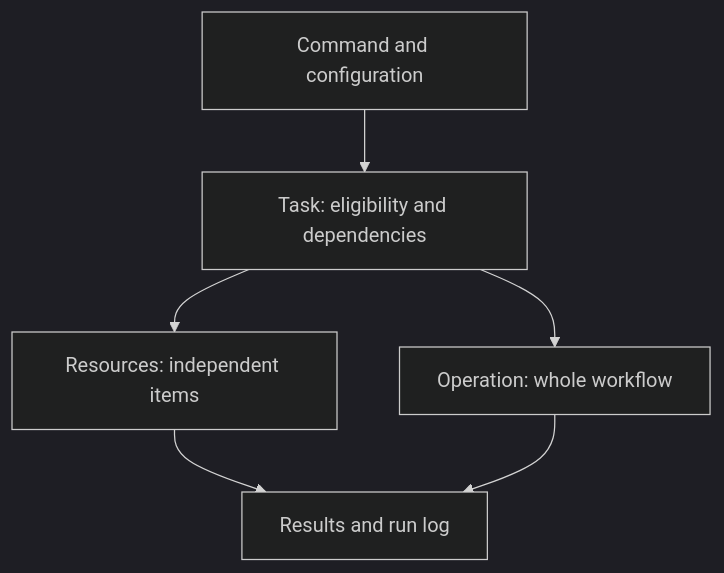
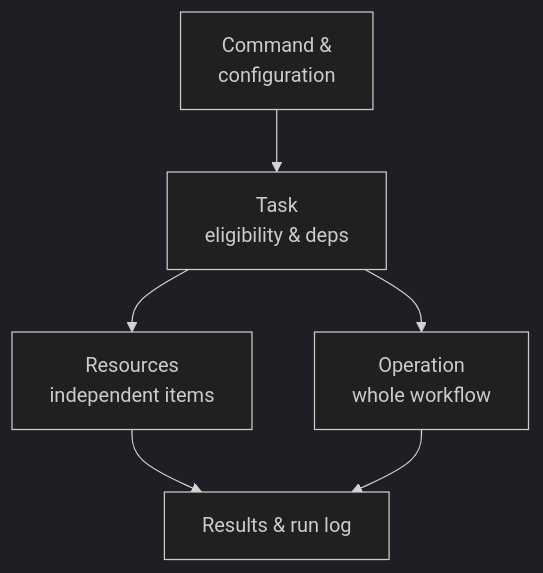
Before and after one commit to sneivandt/dotfiles: the diagram in docs/content/development/architecture.md, drawn with Mermaid (dark theme). The commit also changed 38 other files, not shown here.

````diff
--- a/docs/content/development/architecture.md
+++ b/docs/content/development/architecture.md
@@ -30,10 +30,10 @@
 ```mermaid
 flowchart TB
     accTitle: Tasks, resources, and operations
     accDescr: The command loads configuration and schedules tasks. A task may converge independent resources or a whole-workflow operation; both report outcomes to the command summary and run log.
-    Command["Command and configuration"] --> Task["Task: eligibility and dependencies"]
-    Task --> Resources["Resources: independent items"]
-    Task --> Operation["Operation: whole workflow"]
-    Resources --> Result["Results and run log"]
+    Command["Command &<br/>configuration"] --> Task["Task<br/>eligibility & deps"]
+    Task --> Resources["Resources<br/>independent items"]
+    Task --> Operation["Operation<br/>whole workflow"]
+    Resources --> Result["Results & run log"]
     Operation --> Result
 ```
````
